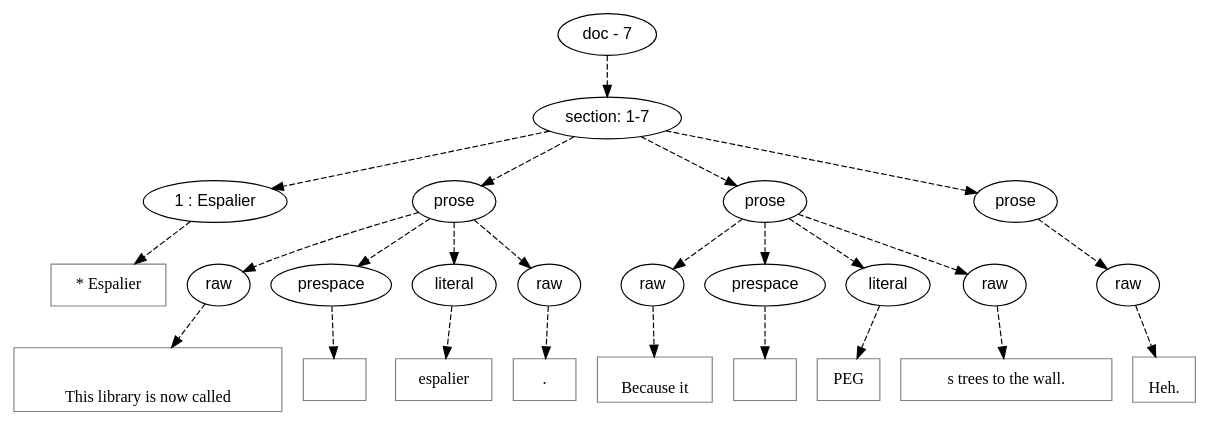
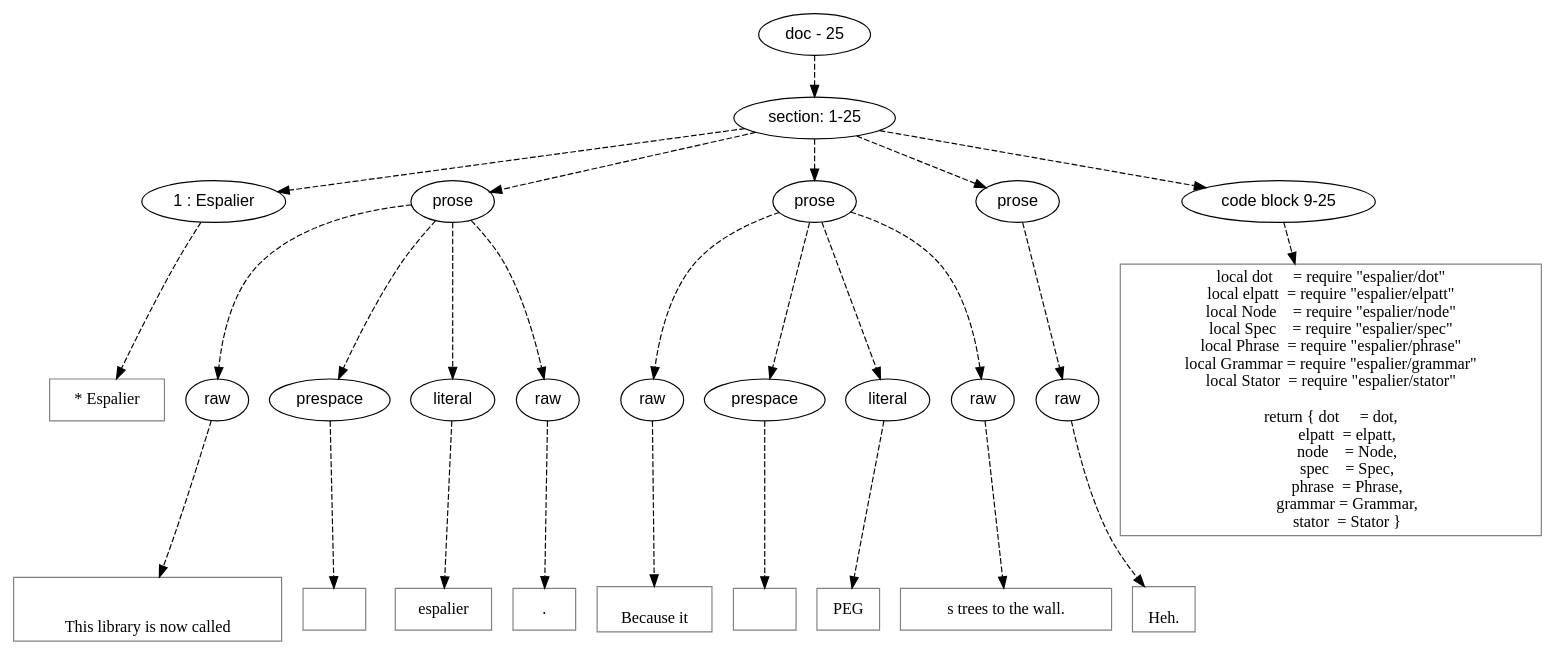
One commit to orb-lang/espalier changed the diagram in doc/dot/espalier.dot. Above: the diagram before and after it, drawn with Graphviz. The commit also changed 16 other files, not shown here.

```diff
--- a/doc/dot/espalier.dot
+++ b/doc/dot/espalier.dot
@@ -1,114 +1,135 @@
 digraph lpegNode {
 
 node [fontname=Helvetica]
 edge [style=dashed]
 
-doc_0 [label="doc - 7"]
+doc_0 [label="doc - 25"]
 
 
 doc_0 -> { section_1}
 {rank=same; section_1}
 
-section_1 [label="section: 1-7"]
+section_1 [label="section: 1-25"]
 
 
 // END RANK doc_0
 
-section_1 -> { header_2 prose_3 prose_4 prose_5}
-{rank=same; header_2 prose_3 prose_4 prose_5}
+section_1 -> { header_2 prose_3 prose_4 prose_5 codeblock_6}
+{rank=same; header_2 prose_3 prose_4 prose_5 codeblock_6}
 
 header_2 [label="1 : Espalier"]
 
 prose_3 [label="prose"]
 
 prose_4 [label="prose"]
 
 prose_5 [label="prose"]
 
+codeblock_6 [label="code block 9-25"]
+
 
 // END RANK section_1
 
-header_2 -> leaf_6
-leaf_6  [color=Gray,shape=rectangle,fontname=Inconsolata,label="* Espalier"]
+header_2 -> leaf_7
+leaf_7  [color=Gray,shape=rectangle,fontname=Inconsolata,label="* Espalier"]
 // END RANK header_2
 
-prose_3 -> { raw_7 prespace_8 literal_9 raw_10}
-{rank=same; raw_7 prespace_8 literal_9 raw_10}
+prose_3 -> { raw_8 prespace_9 literal_10 raw_11}
+{rank=same; raw_8 prespace_9 literal_10 raw_11}
 
-raw_7 [label="raw"]
+raw_8 [label="raw"]
 
-prespace_8 [label="prespace"]
+prespace_9 [label="prespace"]
 
-literal_9 [label="literal"]
+literal_10 [label="literal"]
 
-raw_10 [label="raw"]
+raw_11 [label="raw"]
 
 
 // END RANK prose_3
 
-raw_7 -> leaf_11
-leaf_11  [color=Gray,shape=rectangle,fontname=Inconsolata,label="
+raw_8 -> leaf_12
+leaf_12  [color=Gray,shape=rectangle,fontname=Inconsolata,label="
 
 This library is now called"]
-// END RANK raw_7
+// END RANK raw_8
 
-prespace_8 -> leaf_12
-leaf_12  [color=Gray,shape=rectangle,fontname=Inconsolata,label=" "]
-// END RANK prespace_8
+prespace_9 -> leaf_13
+leaf_13  [color=Gray,shape=rectangle,fontname=Inconsolata,label=" "]
+// END RANK prespace_9
 
-literal_9 -> leaf_13
-leaf_13  [color=Gray,shape=rectangle,fontname=Inconsolata,label="espalier"]
-// END RANK literal_9
+literal_10 -> leaf_14
+leaf_14  [color=Gray,shape=rectangle,fontname=Inconsolata,label="espalier"]
+// END RANK literal_10
 
-raw_10 -> leaf_14
-leaf_14  [color=Gray,shape=rectangle,fontname=Inconsolata,label=".
+raw_11 -> leaf_15
+leaf_15  [color=Gray,shape=rectangle,fontname=Inconsolata,label=".
 "]
-// END RANK raw_10
+// END RANK raw_11
 
-prose_4 -> { raw_15 prespace_16 literal_17 raw_18}
-{rank=same; raw_15 prespace_16 literal_17 raw_18}
+prose_4 -> { raw_16 prespace_17 literal_18 raw_19}
+{rank=same; raw_16 prespace_17 literal_18 raw_19}
 
-raw_15 [label="raw"]
+raw_16 [label="raw"]
 
-prespace_16 [label="prespace"]
+prespace_17 [label="prespace"]
 
-literal_17 [label="literal"]
+literal_18 [label="literal"]
 
-raw_18 [label="raw"]
+raw_19 [label="raw"]
 
 
 // END RANK prose_4
 
-raw_15 -> leaf_19
-leaf_19  [color=Gray,shape=rectangle,fontname=Inconsolata,label="
+raw_16 -> leaf_20
+leaf_20  [color=Gray,shape=rectangle,fontname=Inconsolata,label="
 Because it"]
-// END RANK raw_15
+// END RANK raw_16
 
-prespace_16 -> leaf_20
-leaf_20  [color=Gray,shape=rectangle,fontname=Inconsolata,label=" "]
-// END RANK prespace_16
+prespace_17 -> leaf_21
+leaf_21  [color=Gray,shape=rectangle,fontname=Inconsolata,label=" "]
+// END RANK prespace_17
 
-literal_17 -> leaf_21
-leaf_21  [color=Gray,shape=rectangle,fontname=Inconsolata,label="PEG"]
-// END RANK literal_17
+literal_18 -> leaf_22
+leaf_22  [color=Gray,shape=rectangle,fontname=Inconsolata,label="PEG"]
+// END RANK literal_18
 
-raw_18 -> leaf_22
-leaf_22  [color=Gray,shape=rectangle,fontname=Inconsolata,label="s trees to the wall.
+raw_19 -> leaf_23
+leaf_23  [color=Gray,shape=rectangle,fontname=Inconsolata,label="s trees to the wall.
 "]
-// END RANK raw_18
+// END RANK raw_19
 
-prose_5 -> { raw_23}
-{rank=same; raw_23}
+prose_5 -> { raw_24}
+{rank=same; raw_24}
 
-raw_23 [label="raw"]
+raw_24 [label="raw"]
 
 
 // END RANK prose_5
 
-raw_23 -> leaf_24
-leaf_24  [color=Gray,shape=rectangle,fontname=Inconsolata,label="
-Heh."]
-// END RANK raw_23
+raw_24 -> leaf_25
+leaf_25  [color=Gray,shape=rectangle,fontname=Inconsolata,label="
+Heh.
+"]
+// END RANK raw_24
+
+codeblock_6 -> leaf_26
+leaf_26  [color=Gray,shape=rectangle,fontname=Inconsolata,label="local dot     = require \"espalier/dot\"
+local elpatt  = require \"espalier/elpatt\"
+local Node    = require \"espalier/node\"
+local Spec    = require \"espalier/spec\"
+local Phrase  = require \"espalier/phrase\"
+local Grammar = require \"espalier/grammar\"
+local Stator  = require \"espalier/stator\"
+
+return { dot     = dot,
+         elpatt  = elpatt,
+         node    = Node,
+         spec    = Spec,
+         phrase  = Phrase,
+         grammar = Grammar,
+         stator  = Stator }"]
+// END RANK codeblock_6
 
 
 }
```
